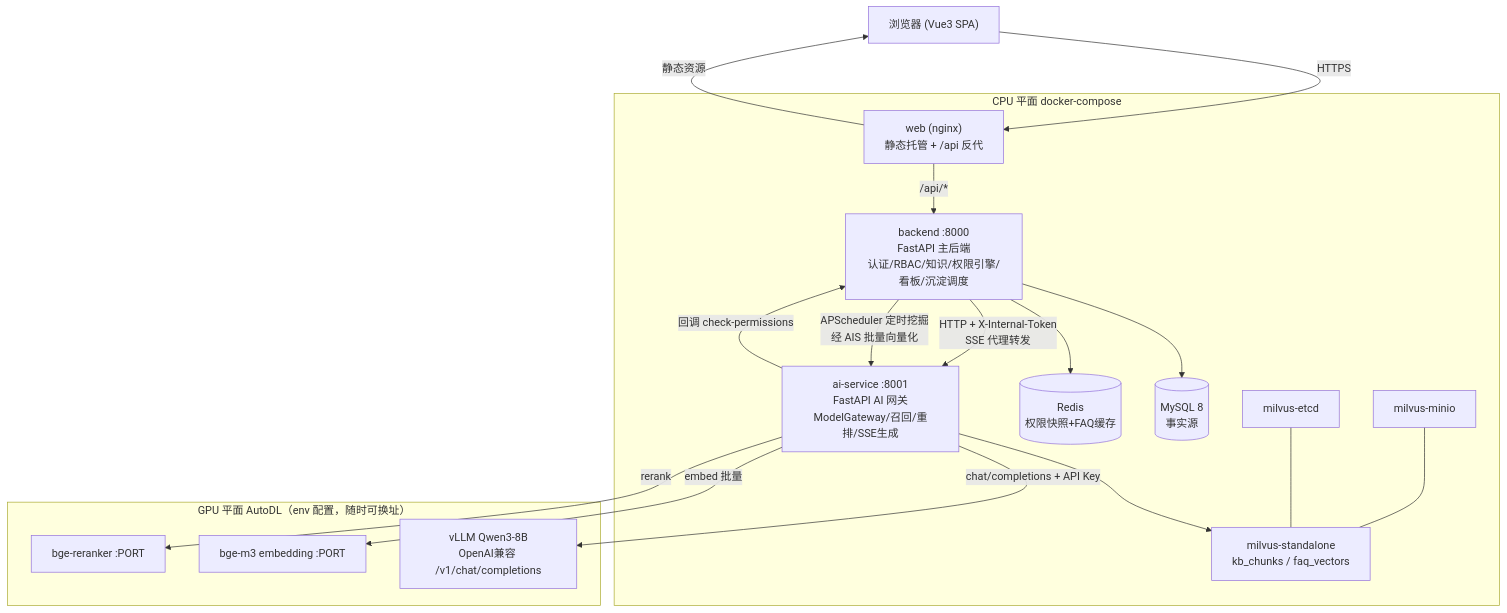
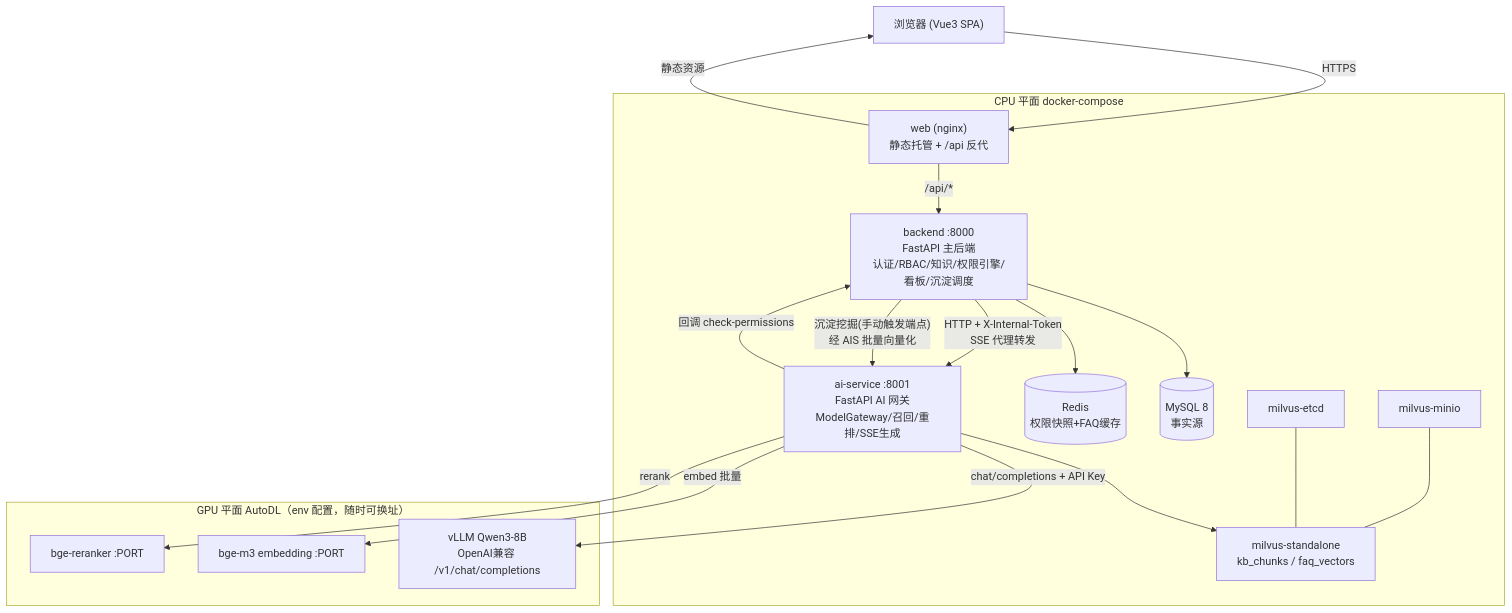
Before and after one commit to nobodycare-no/kb-platform: the first of 4 diagrams in docs/sad/SAD.md, drawn with Mermaid. The commit also changed other lines of this file and 4 other files, not shown here.

````diff
--- a/docs/sad/SAD.md
+++ b/docs/sad/SAD.md
@@ -26,36 +26,36 @@
 ```mermaid
 graph TB
     Browser["浏览器 (Vue3 SPA)"]
 
     subgraph CPUPlane ["CPU 平面 docker-compose"]
         NGINX["web (nginx)<br/>静态托管 + /api 反代"]
         BE["backend :8000<br/>FastAPI 主后端<br/>认证/RBAC/知识/权限引擎/看板/沉淀调度"]
         AIS["ai-service :8001<br/>FastAPI AI 网关<br/>ModelGateway/召回/重排/SSE生成"]
         MYSQL[("MySQL 8<br/>事实源")]
         REDIS[("Redis<br/>权限快照+FAQ缓存")]
         ETCD["milvus-etcd"]
         MINIO["milvus-minio"]
         MILVUS["milvus-standalone<br/>kb_chunks / faq_vectors"]
     end
 
     subgraph GPU平面 ["GPU 平面 AutoDL（env 配置，随时可换址）"]
         VLLM["vLLM Qwen3-8B<br/>OpenAI兼容 /v1/chat/completions"]
         EMB["bge-m3 embedding :PORT"]
         RERANK["bge-reranker :PORT"]
     end
 
     Browser -->|HTTPS| NGINX
     NGINX -->|"/api/*"| BE
     NGINX -->|"静态资源"| Browser
     BE --> MYSQL
     BE --> REDIS
     BE -->|"HTTP + X-Internal-Token<br/>SSE 代理转发"| AIS
     AIS -->|"回调 check-permissions"| BE
     AIS --> MILVUS
     ETCD --- MILVUS
     MINIO --- MILVUS
     AIS -->|"chat/completions + API Key"| VLLM
     AIS -->|embed 批量| EMB
     AIS -->|rerank| RERANK
-    BE -->|"APScheduler 定时挖掘<br/>经 AIS 批量向量化"| AIS
+    BE -->|"沉淀挖掘(手动触发端点)<br/>经 AIS 批量向量化"| AIS
 ```
````
